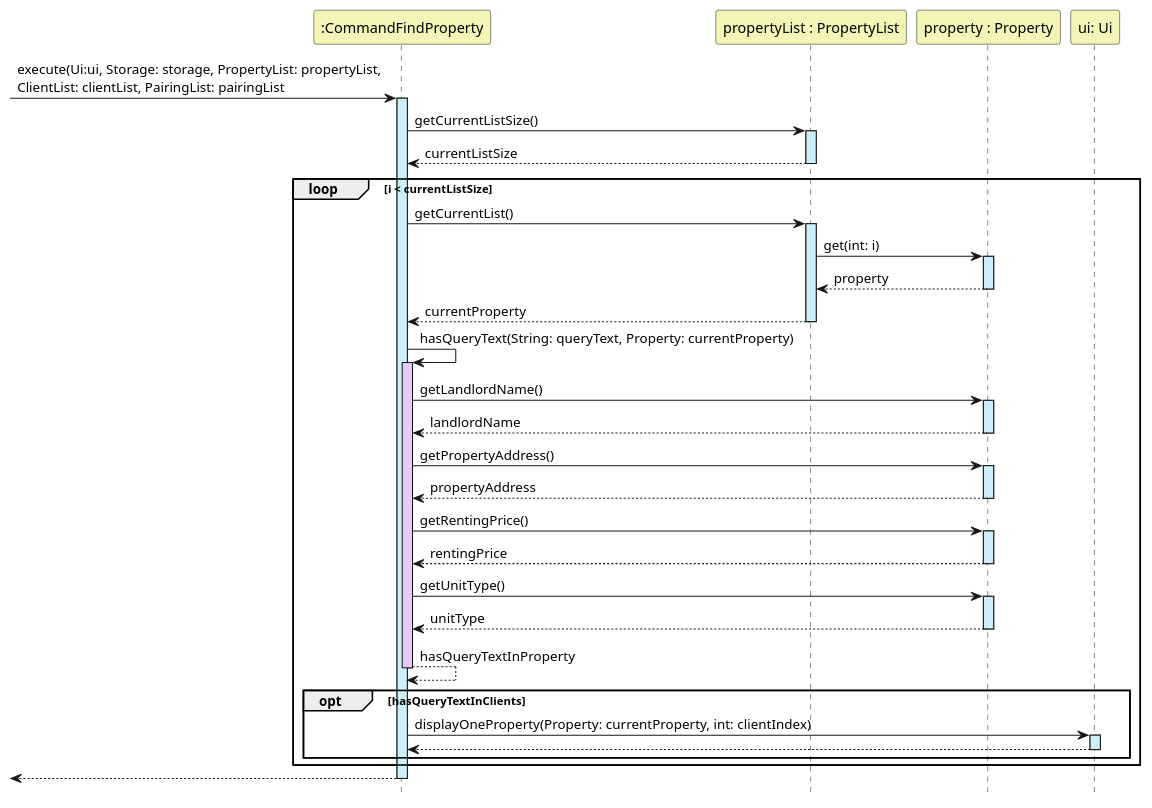
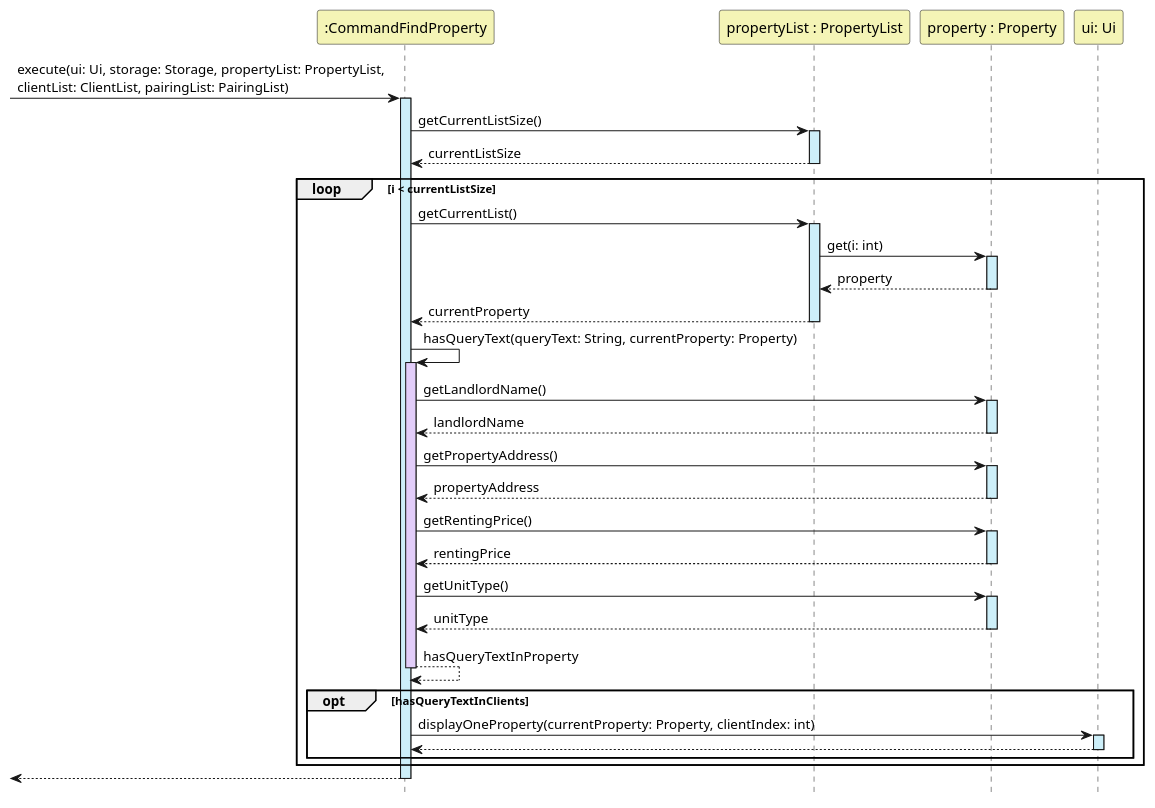
The diagram in docs/diagrams/PlantUML File/FindPropertySequenceDiagram.puml (nus-cs2113-AY2223S1/tp), drawn with PlantUML before and after one commit. The commit also changed 16 other files, not shown here.

Commit message:
Update Developer Guide with Find feature and fix incorrect UML diagram

```diff
--- a/docs/diagrams/PlantUML File/FindPropertySequenceDiagram.puml
+++ b/docs/diagrams/PlantUML File/FindPropertySequenceDiagram.puml
@@ -1,53 +1,53 @@
 @startuml
 
 hide footbox
 
 Participant ":CommandFindProperty" as CommandFindProperty #F4F4B6
 Participant "propertyList : PropertyList" as PropertyList #F4F4B6
 Participant "property : Property" as Property #F4F4B6
 Participant "ui: Ui" as Ui #F4F4B6
 
-->CommandFindProperty:execute(Ui:ui, Storage: storage, PropertyList: propertyList, \nClientList: clientList, PairingList: pairingList
+->CommandFindProperty:execute(ui: Ui, storage: Storage, propertyList: PropertyList, \nclientList: ClientList, pairingList: PairingList)
 activate CommandFindProperty #CDEFF9
 
 CommandFindProperty->PropertyList:getCurrentListSize()
 activate PropertyList #CDEFF9
 return currentListSize
 
     loop i < currentListSize
         CommandFindProperty->PropertyList:getCurrentList()
         activate PropertyList #CDEFF9
-        PropertyList->Property:get(int: i)
+        PropertyList->Property:get(i: int)
         activate Property #CDEFF9
         return property
         return currentProperty
 
-        CommandFindProperty->CommandFindProperty:hasQueryText(String: queryText, Property: currentProperty)
+        CommandFindProperty->CommandFindProperty:hasQueryText(queryText: String, currentProperty: Property)
         activate CommandFindProperty #E2CDF9
         CommandFindProperty -> Property:getLandlordName()
         activate Property #CDEFF9
         return landlordName
 
         CommandFindProperty -> Property:getPropertyAddress()
         activate Property #CDEFF9
         return propertyAddress
 
         CommandFindProperty -> Property:getRentingPrice()
         activate Property #CDEFF9
         return rentingPrice
 
         CommandFindProperty -> Property:getUnitType()
         activate Property #CDEFF9
         return unitType
 
         return hasQueryTextInProperty
         opt hasQueryTextInClients
-            CommandFindProperty->Ui:displayOneProperty(Property: currentProperty, int: clientIndex)
+            CommandFindProperty->Ui:displayOneProperty(currentProperty: Property, clientIndex: int)
             activate Ui #CDEFF9
             return
         end
 
     end
 
     return
 @enduml
```
